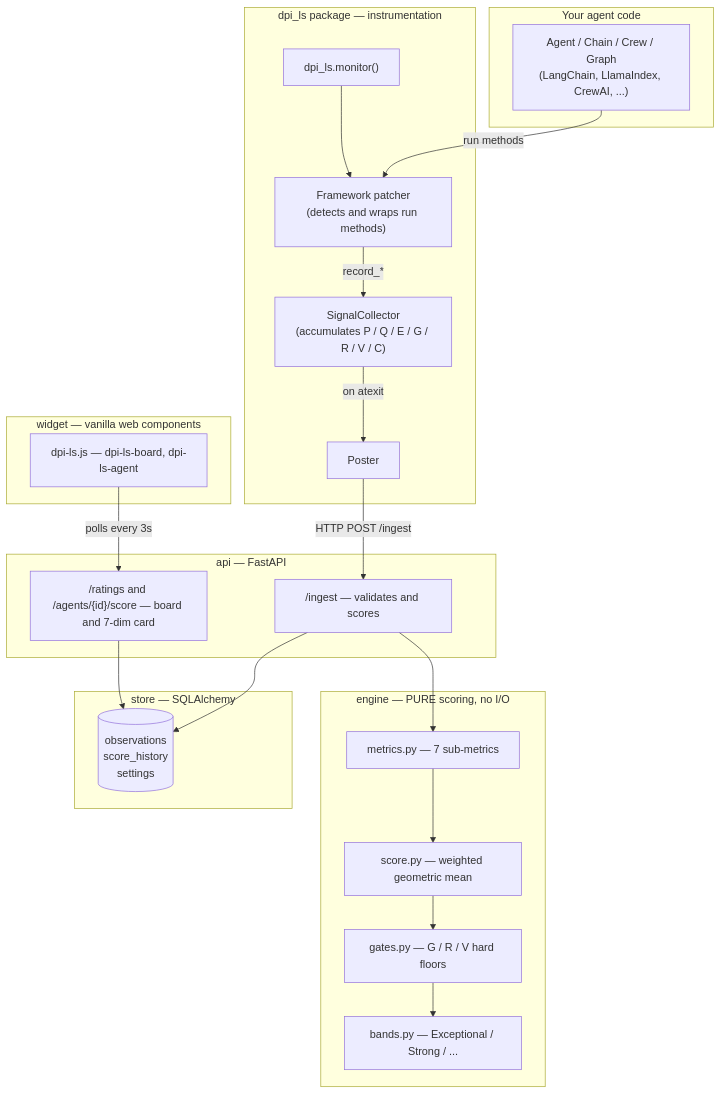
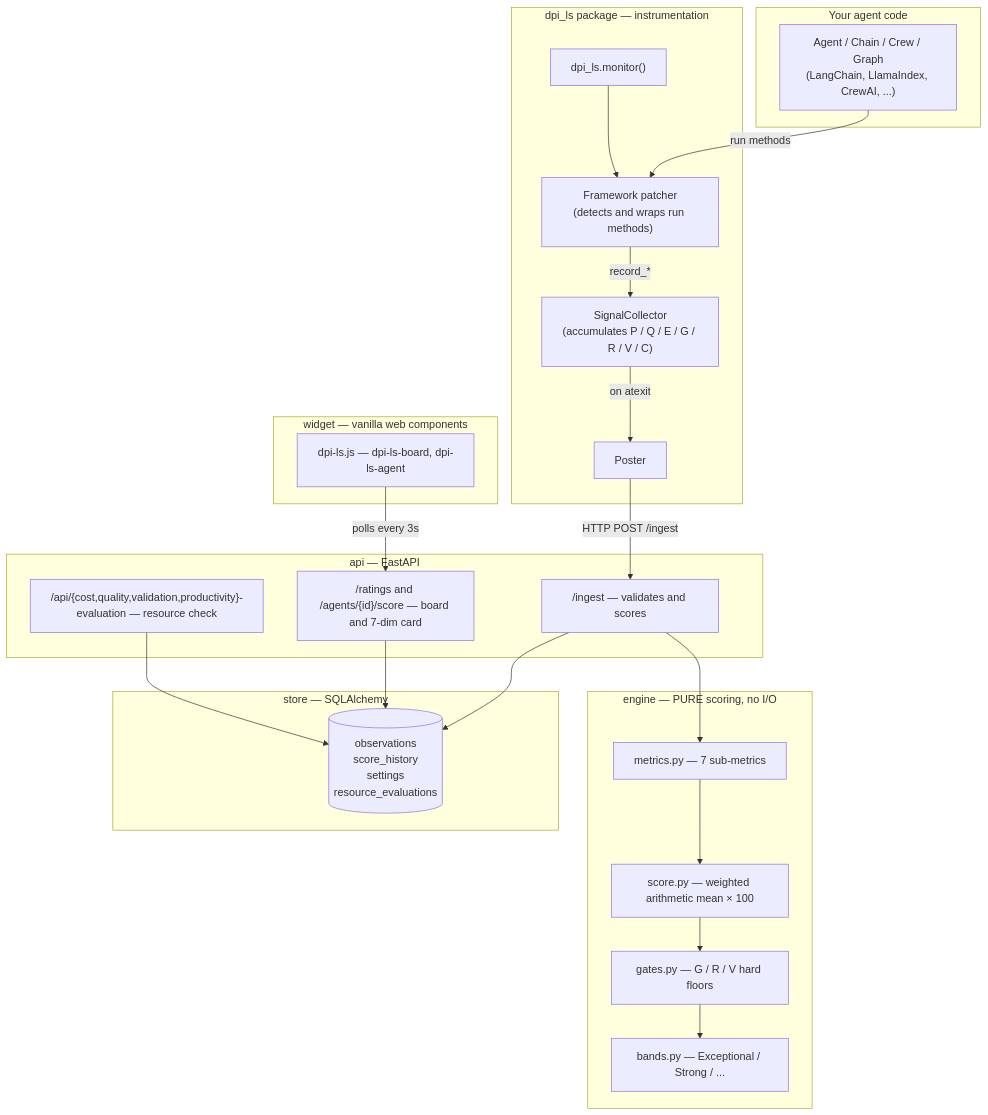
One commit to phanindraintelligenzit-afk/widget changed the first of 6 diagrams in README.md. Above: the diagram before and after it, drawn with Mermaid. The commit also changed other lines of this file and 1 other file, not shown here.

````diff
--- a/README.md
+++ b/README.md
@@ -245,46 +248,48 @@
 ```mermaid
 graph TB
     subgraph USER["Your agent code"]
         Agent["Agent / Chain / Crew / Graph<br/>(LangChain, LlamaIndex, CrewAI, ...)"]
     end
 
     subgraph PKG["dpi_ls package — instrumentation"]
         Mon["dpi_ls.monitor()"]
         Patcher["Framework patcher<br/>(detects and wraps run methods)"]
         Coll["SignalCollector<br/>(accumulates P / Q / E / G / R / V / C)"]
         Post["Poster"]
     end
 
     subgraph ENG["engine — PURE scoring, no I/O"]
         Met["metrics.py — 7 sub-metrics"]
-        Sc["score.py — weighted geometric mean"]
+        Sc["score.py — weighted arithmetic mean × 100"]
         Gt["gates.py — G / R / V hard floors"]
         Bd["bands.py — Exceptional / Strong / ..."]
     end
 
     subgraph API["api — FastAPI"]
         Ing["/ingest — validates and scores"]
         Brd["/ratings and /agents/{id}/score — board and 7-dim card"]
+        Eval["/api/{cost,quality,validation,productivity}-evaluation — resource check"]
     end
 
     subgraph STORE["store — SQLAlchemy"]
-        DB[("observations<br/>score_history<br/>settings")]
+        DB[("observations<br/>score_history<br/>settings<br/>resource_evaluations")]
     end
 
     subgraph WIDG["widget — vanilla web components"]
         WJS["dpi-ls.js — dpi-ls-board, dpi-ls-agent"]
     end
 
     Agent -->|run methods| Patcher
     Mon --> Patcher
     Patcher -->|record_*| Coll
     Coll -->|on atexit| Post
     Post -->|HTTP POST /ingest| Ing
     Ing --> Met
     Met --> Sc
     Sc --> Gt
     Gt --> Bd
     Ing --> DB
     Brd --> DB
+    Eval --> DB
     WJS -->|polls every 3s| Brd
 ```
````
